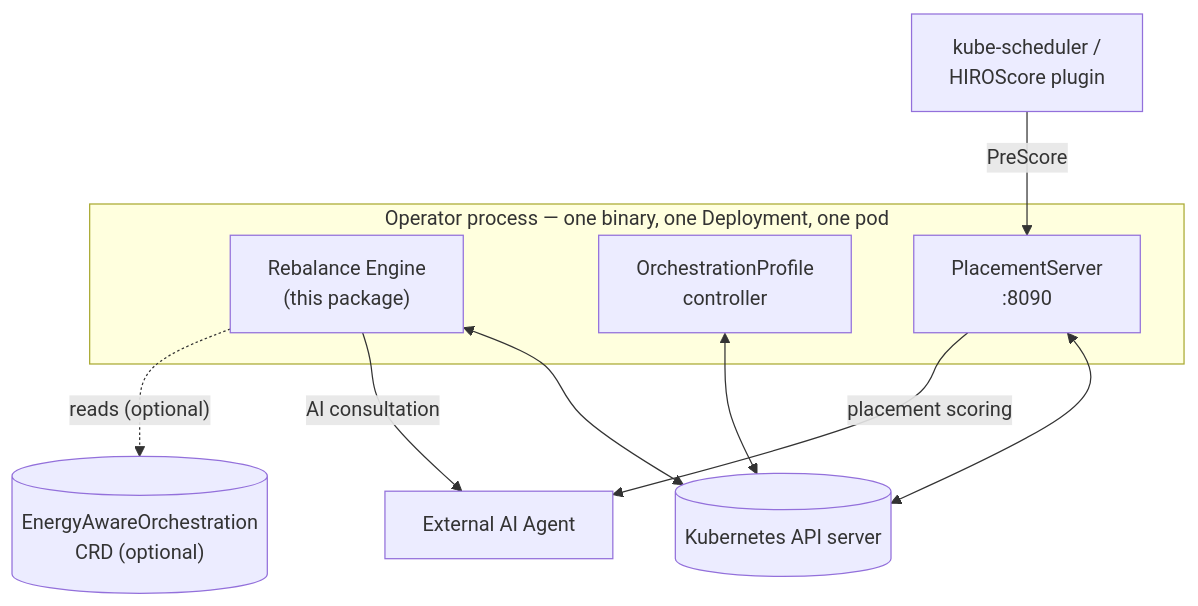
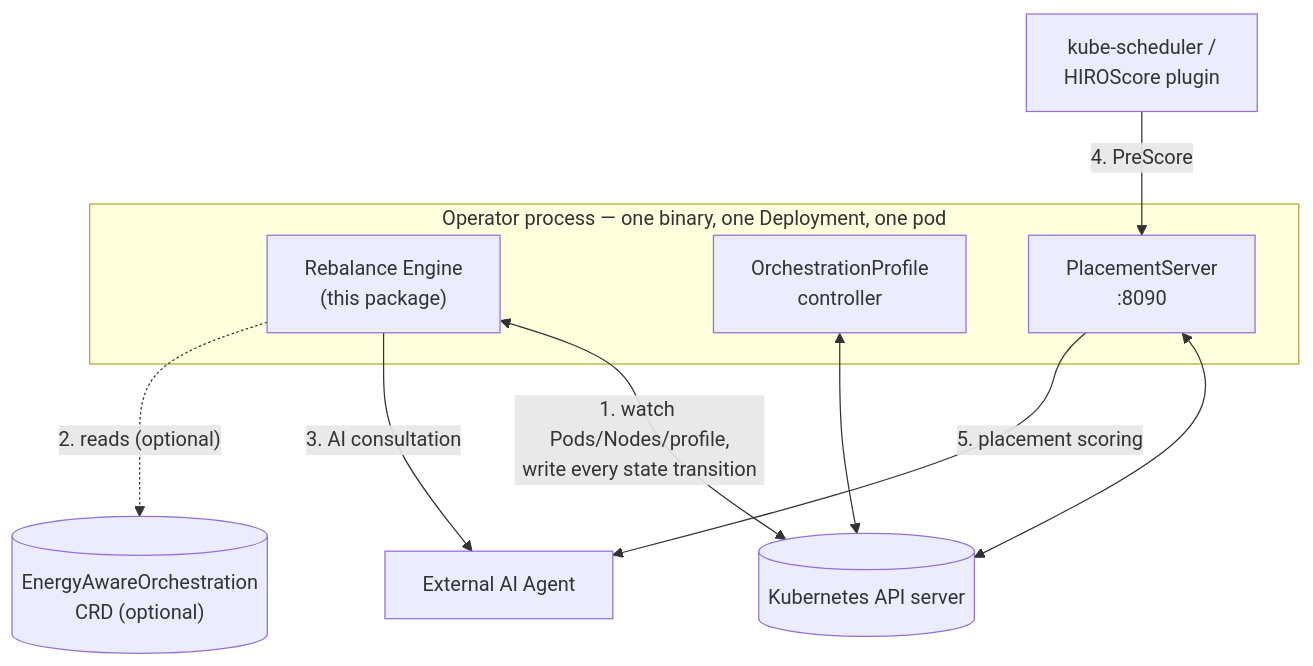
The first of 18 diagrams in internal/rebalance/README.md (HIRO-MicroDataCenters-BV/hiro-adaptive-orchestrator), drawn with Mermaid before and after one commit. The commit also changed other lines of this file, not shown here.

Commit message:
Readme updates

````diff
--- a/internal/rebalance/README.md
+++ b/internal/rebalance/README.md
@@ -14,20 +14,20 @@
 ```mermaid
 graph TB
     subgraph OP["Operator process — one binary, one Deployment, one pod"]
         RE["Rebalance Engine<br/>(this package)"]
         OC["OrchestrationProfile<br/>controller"]
         PS["PlacementServer<br/>:8090"]
     end
     K8S[("Kubernetes API server")]
     AI["External AI Agent"]
     EAO[("EnergyAwareOrchestration<br/>CRD (optional)")]
     SCHED["kube-scheduler /<br/>HIROScore plugin"]
 
-    RE <--> K8S
+    RE <-- "1. watch Pods/Nodes/profile,<br/>write every state transition" --> K8S
     OC <--> K8S
     PS <--> K8S
-    RE -- "AI consultation" --> AI
-    PS -- "placement scoring" --> AI
-    RE -. "reads (optional)" .-> EAO
-    SCHED -- "PreScore" --> PS
+    RE -- "3. AI consultation" --> AI
+    PS -- "5. placement scoring" --> AI
+    RE -. "2. reads (optional)" .-> EAO
+    SCHED -- "4. PreScore" --> PS
 ```
````
